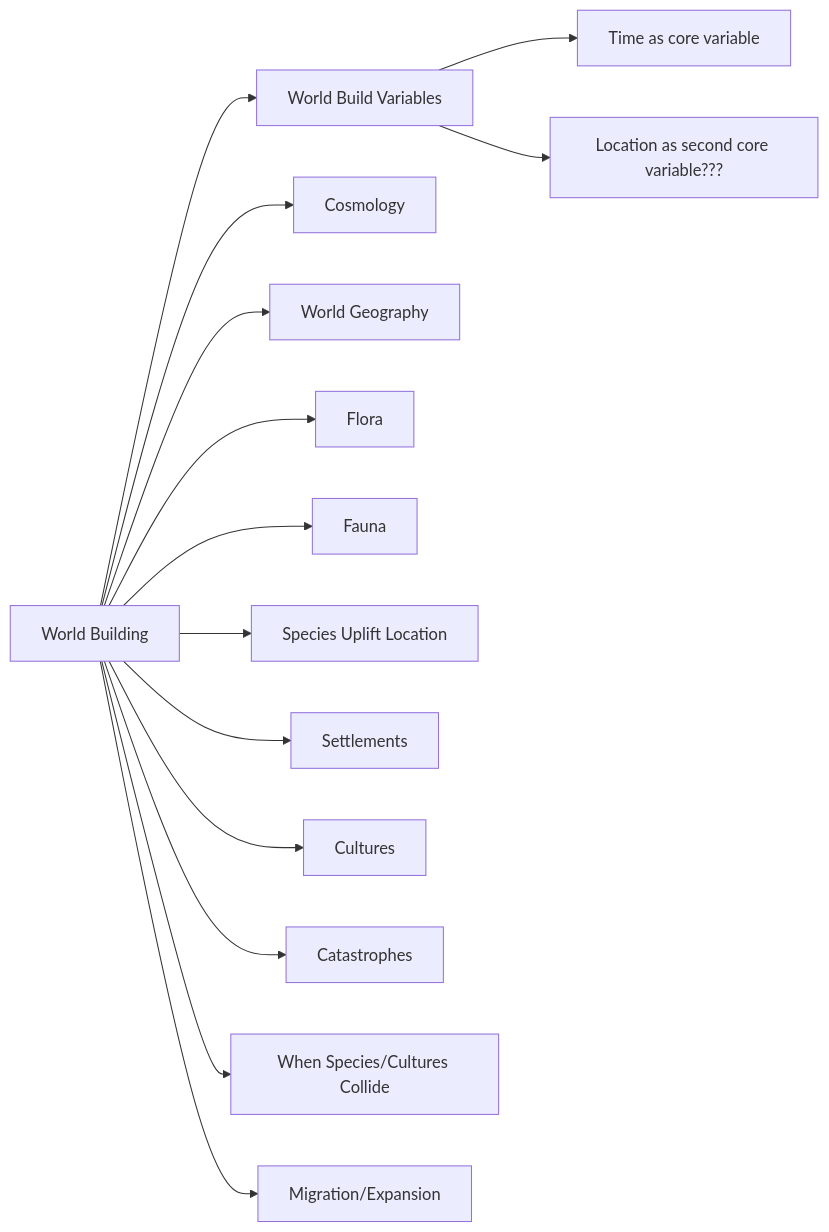
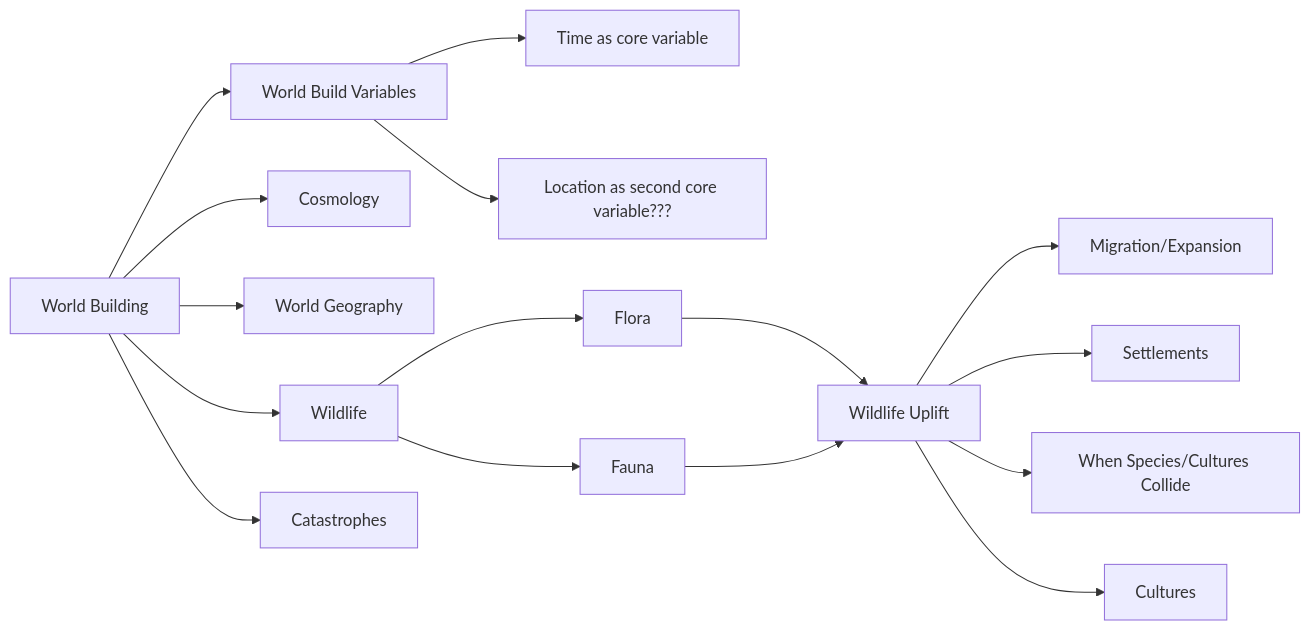
One commit to Half-Guinea-Press/thistle_octopus changed the second of 2 diagrams in docs/blog/posts/240311.md. Above: the diagram before and after it, drawn with Mermaid.

````diff
--- a/docs/blog/posts/240311.md
+++ b/docs/blog/posts/240311.md
@@ -23,18 +23,20 @@
 ``` mermaid
 graph LR
 
   WB[World Building] --> WBV[World Build Variables]
   WBV --> WBV1[Time as core variable]
   WBV --> WBV2[Location as second core variable???]
-  WB[World Building] --> WB1[Cosmology]
-  WB[World Building] --> WB2[World Geography]
-  WB[World Building] --> WB3[Flora]
-  WB[World Building] --> WB4[Fauna]
-  WB[World Building] --> WB5[Species Uplift Location]
-  WB[World Building] --> WB6[Settlements]
-  WB[World Building] --> WB7[Cultures]
-  WB[World Building] --> WB8[Catastrophes]
-  WB[World Building] --> WB9[When Species/Cultures Collide]
-  WB[World Building] --> WB10[Migration/Expansion]
+  WB --> WBC[Cosmology]
+  WB --> WBG[World Geography]
+  WB --> WBW[Wildlife]
+  WBW --> WBWFL[Flora]
+  WBW --> WBWFA[Fauna]
+  WBWFL -->WBWU[Wildlife Uplift]
+  WBWFA -->WBWU
+  WBWU --> WBWU1[Migration/Expansion]
+  WBWU --> WBWU2[Settlements]
+  WBWU --> WBWU3[When Species/Cultures Collide]
+  WBWU --> WBWU4[Cultures]
+  WB --> WBCAT[Catastrophes]
 
 ```
````
